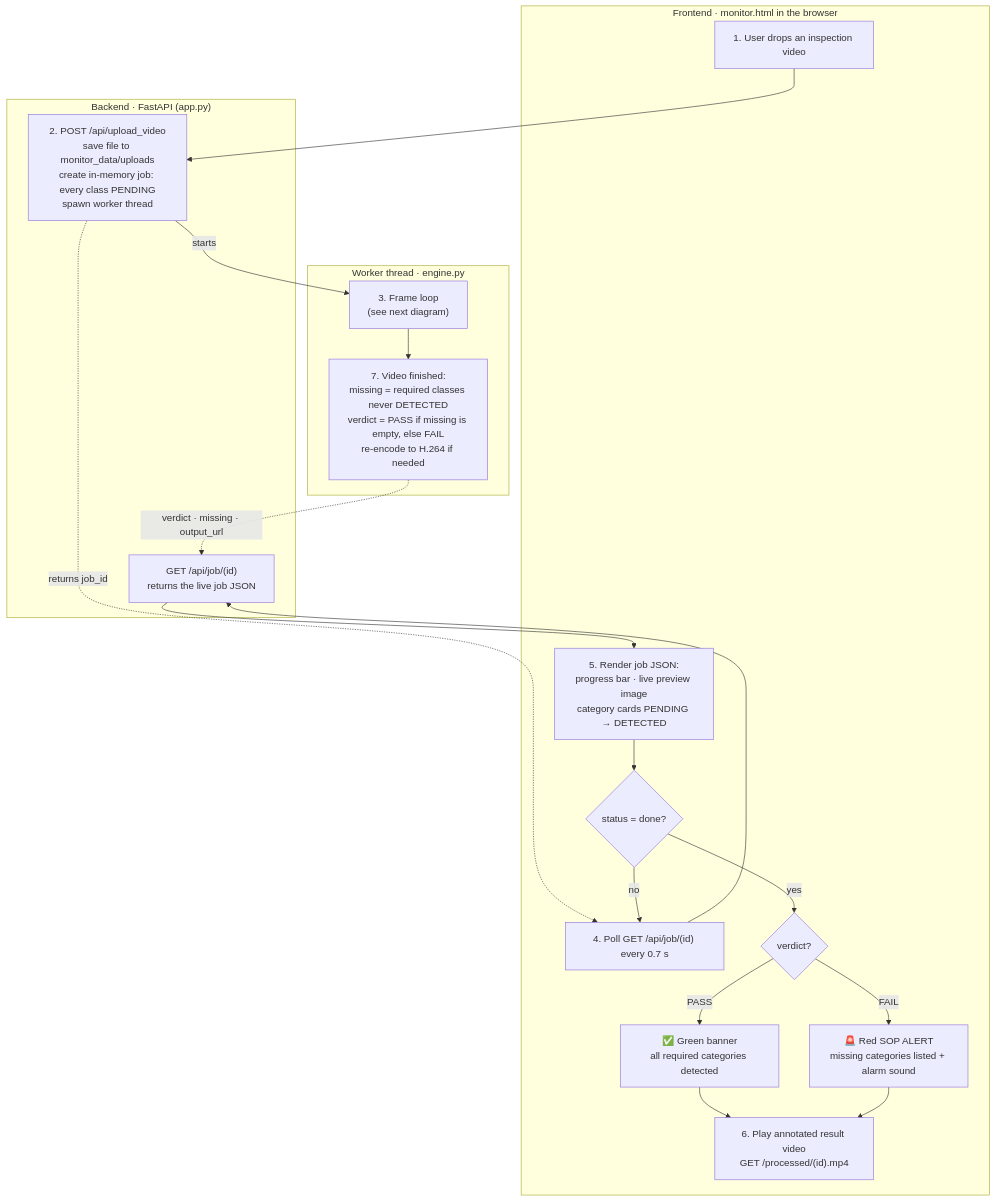
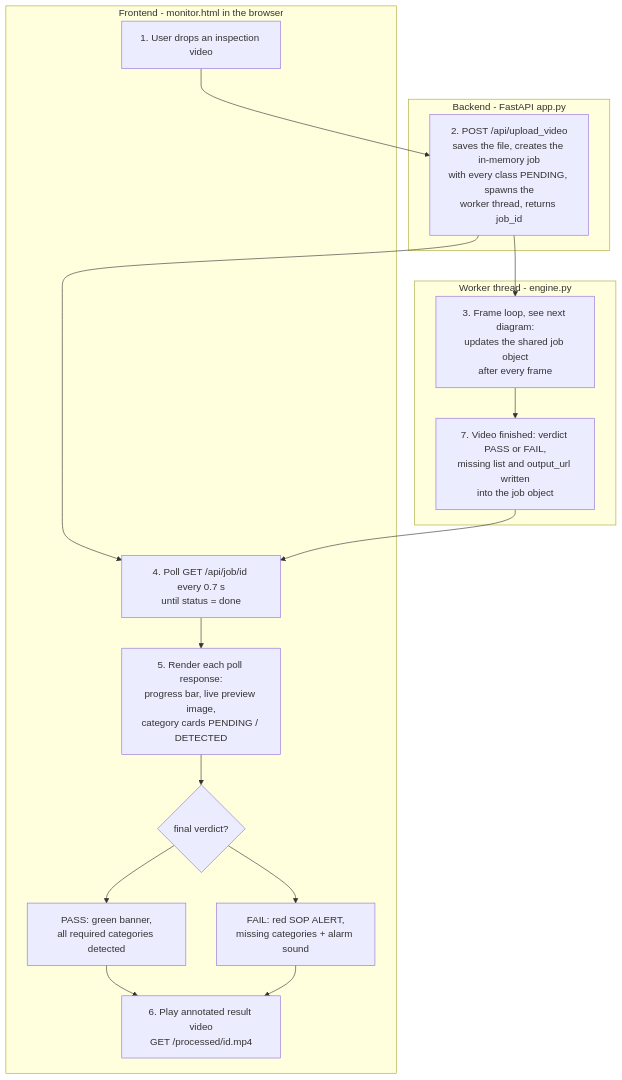
The first of 2 diagrams in README.md (hibikiyoyo/poc_sop), drawn with Mermaid before and after one commit. The commit also changed other lines of this file, not shown here.

````diff
--- a/README.md
+++ b/README.md
@@ -36,34 +36,33 @@
 ```mermaid
 flowchart TD
-    subgraph FE["Frontend · monitor.html in the browser"]
+    subgraph FE["Frontend - monitor.html in the browser"]
         U["1. User drops an inspection video"]
-        POLL["4. Poll GET /api/job/(id) every 0.7 s"]
-        UI["5. Render job JSON:<br/>progress bar · live preview image<br/>category cards PENDING → DETECTED"]
-        DONE{"status = done?"}
-        VERD{"verdict?"}
-        OKB["✅ Green banner<br/>all required categories detected"]
-        ALB["🚨 Red SOP ALERT<br/>missing categories listed + alarm sound"]
-        PLAY["6. Play annotated result video<br/>GET /processed/(id).mp4"]
+        POLL["4. Poll GET /api/job/id every 0.7 s<br/>until status = done"]
+        UI["5. Render each poll response:<br/>progress bar, live preview image,<br/>category cards PENDING / DETECTED"]
+        VERD{"final verdict?"}
+        OKB["PASS: green banner,<br/>all required categories detected"]
+        ALB["FAIL: red SOP ALERT,<br/>missing categories + alarm sound"]
+        PLAY["6. Play annotated result video<br/>GET /processed/id.mp4"]
     end
 
-    subgraph BE["Backend · FastAPI (app.py)"]
-        UP["2. POST /api/upload_video<br/>save file to monitor_data/uploads<br/>create in-memory job: every class PENDING<br/>spawn worker thread"]
-        JOBAPI["GET /api/job/(id)<br/>returns the live job JSON"]
+    subgraph BE["Backend - FastAPI app.py"]
+        UP["2. POST /api/upload_video<br/>saves the file, creates the in-memory job<br/>with every class PENDING, spawns the<br/>worker thread, returns job_id"]
     end
 
-    subgraph WK["Worker thread · engine.py"]
-        LOOP["3. Frame loop<br/>(see next diagram)"]
-        FIN["7. Video finished:<br/>missing = required classes never DETECTED<br/>verdict = PASS if missing is empty, else FAIL<br/>re-encode to H.264 if needed"]
+    subgraph WK["Worker thread - engine.py"]
+        LOOP["3. Frame loop, see next diagram:<br/>updates the shared job object<br/>after every frame"]
+        FIN["7. Video finished: verdict PASS or FAIL,<br/>missing list and output_url written<br/>into the job object"]
     end
 
     U --> UP
-    UP -->|starts| LOOP
-    UP -.->|returns job_id| POLL
-    POLL --> JOBAPI --> UI --> DONE
-    DONE -->|no| POLL
+    UP --> LOOP
+    UP --> POLL
     LOOP --> FIN
-    FIN -.->|verdict · missing · output_url| JOBAPI
-    DONE -->|yes| VERD
-    VERD -->|PASS| OKB --> PLAY
-    VERD -->|FAIL| ALB --> PLAY
+    FIN --> POLL
+    POLL --> UI
+    UI --> VERD
+    VERD --> OKB
+    VERD --> ALB
+    OKB --> PLAY
+    ALB --> PLAY
 ```
````
